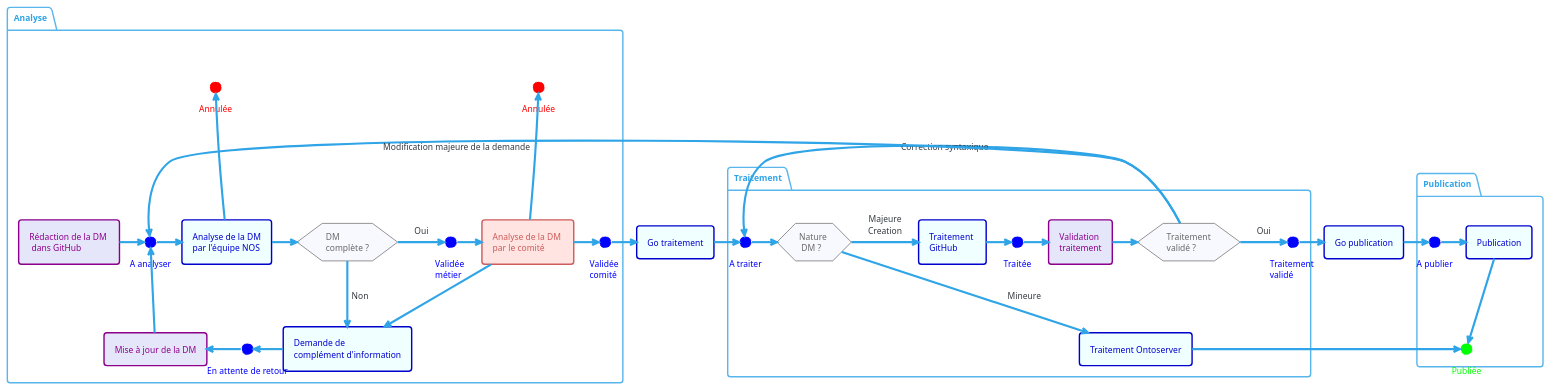
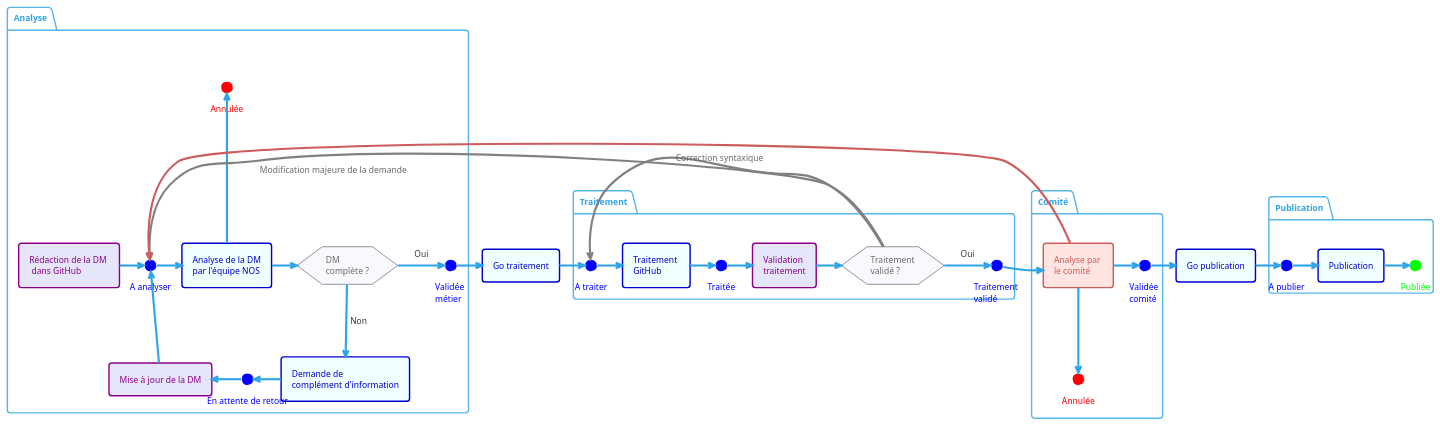
The diagram in input/images-source/workflowSuiviDM.plantuml (ansforge/IG-terminologie-de-sante), drawn with PlantUML before and after one commit. The commit also changed 1 other file, not shown here.

```diff
--- a/input/images-source/workflowSuiviDM.plantuml
+++ b/input/images-source/workflowSuiviDM.plantuml
@@ -1,77 +1,78 @@
 @startuml
 !theme cerulean
 
 package "Analyse" as step1 {
 rectangle "Rédaction de la DM \n dans GitHub" as redaction #Lavender;line:DarkMagenta;text:DarkMagenta
 rectangle "Analyse de la DM\npar l'équipe NOS" as analyse #Azure;line:MediumBlue;text:MediumBlue
 hexagon "DM \ncomplète ?" as DMcomplete #GhostWhite;line:DimGrey;text:DimGrey
 rectangle "Demande de \ncomplément d'information" as complementInfo #Azure;line:MediumBlue;text:MediumBlue
 rectangle "Mise à jour de la DM" as majDM #Lavender;line:DarkMagenta;text:DarkMagenta
 
 circle "A analyser" as statut_AAnalyse #blue;line:blue;line.dashed;text:blue
 circle "En attente de retour" as statut_attente #blue;line:blue;line.dashed;text:blue
 circle "Validée \nmétier" as statut_valideeMetier #blue;line:blue;line.dashed;text:blue
 circle "Annulée" as statut_annulee1 #red;line:red;line.dashed;text:red
 
 redaction -> statut_AAnalyse
 statut_AAnalyse -> analyse
 analyse -up-> statut_annulee1
 analyse -> DMcomplete
 DMcomplete --> complementInfo : Non
 statut_attente <- complementInfo
 majDM <- statut_attente
 statut_AAnalyse <-- majDM
 DMcomplete -> statut_valideeMetier : Oui
-
-rectangle "Analyse de la DM \npar le comité" as comite #MistyRose;line:IndianRed;text:IndianRed
-circle "Validée \ncomité" as statut_valideeComite #blue;line:blue;line.dashed;text:blue
-circle "Annulée" as statut_annulee2 #red;line:red;line.dashed;text:red
-statut_valideeMetier -> comite
-comite -up-> statut_annulee2
-comite -> statut_valideeComite
-comite -> complementInfo
 }
 
 rectangle "Go traitement" as GoTraitement #Azure;line:MediumBlue;text:MediumBlue
-statut_valideeComite -> GoTraitement
+statut_valideeMetier -> GoTraitement
 rectangle "Go publication" as GoPublication #Azure;line:MediumBlue;text:MediumBlue
 
 package "Traitement" as step2 {
     circle "A traiter" as statut_aTraiter #blue;line:blue;line.dashed;text:blue
-    hexagon "Nature \n DM ?" as natureDM #GhostWhite;line:DimGrey;text:DimGrey
-    rectangle "Traitement Ontoserver" as Ontoserver #Azure;line:MediumBlue;text:MediumBlue
     rectangle "Traitement \nGitHub" as GitHub #Azure;line:MediumBlue;text:MediumBlue
     circle "Traitée" as status_traité #blue;line:blue;line.dashed;text:blue
     rectangle "Validation \ntraitement" as validationTraitement #Lavender;line:DarkMagenta;text:DarkMagenta
     hexagon "Traitement\nvalidé ?" as TraitementValide #GhostWhite;line:DimGrey;text:DimGrey
     circle "Traitement \nvalidé" as statut_traitementValide #blue;line:blue;line.dashed;text:blue
 
 
     GoTraitement -> statut_aTraiter
-    statut_aTraiter -> natureDM
-    natureDM --> Ontoserver : Mineure 
-    natureDM -> GitHub : Majeure\nCreation
+    statut_aTraiter -> GitHub
+
     GitHub -> status_traité
     status_traité -> validationTraitement
     validationTraitement -> TraitementValide
-    statut_aTraiter <- TraitementValide : Correction syntaxique
+    statut_aTraiter <- TraitementValide #GhostWhite;line:Grey;text:DimGrey : Correction syntaxique
     TraitementValide -> statut_traitementValide : Oui
-    statut_traitementValide -> GoPublication
 }
 
+package "Comité" as step3 {
+    rectangle "Analyse par \nle comité" as comite #MistyRose;line:IndianRed;text:IndianRed
+    circle "Validée \ncomité" as statut_valideeComite #blue;line:blue;line.dashed;text:blue
+    circle "Annulée" as statut_annulee2 #red;line:red;line.dashed;text:red
 
-    statut_AAnalyse <- TraitementValide : Modification majeure de la demande
+    statut_traitementValide -> comite
+    comite --> statut_annulee2
+    comite -> statut_valideeComite
+    statut_valideeComite -> GoPublication
+}
 
-package "Publication" as step3 {
+    statut_AAnalyse <- TraitementValide #GhostWhite;line:Grey;text:DimGrey : \n\nModification majeure de la demande
+
+    statut_AAnalyse <-[#IndianRed] comite
+
+package "Publication" as step4 {
     circle "A publier" as statut_APublier #blue;line:blue;line.dashed;text:blue
     rectangle "Publication" as publication #Azure;line:MediumBlue;text:MediumBlue
     circle "Publiée" as statut_publiée #Lime;line:Lime;line.dashed;text:Lime
     GoPublication -> statut_APublier 
     statut_APublier -> publication
-    publication --> statut_publiée  
+    publication -> statut_publiée  
 
 }
- statut_publiée <- Ontoserver
+
+
 
 
 @enduml
```
